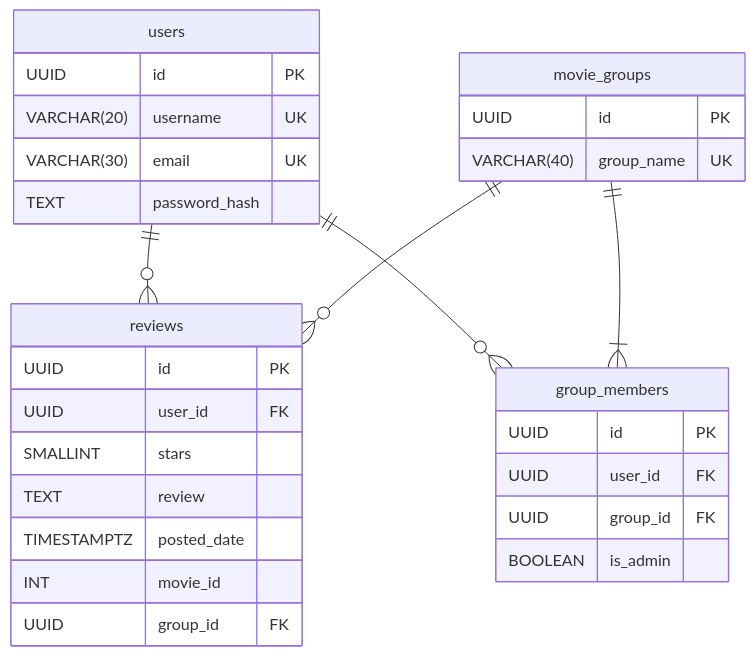
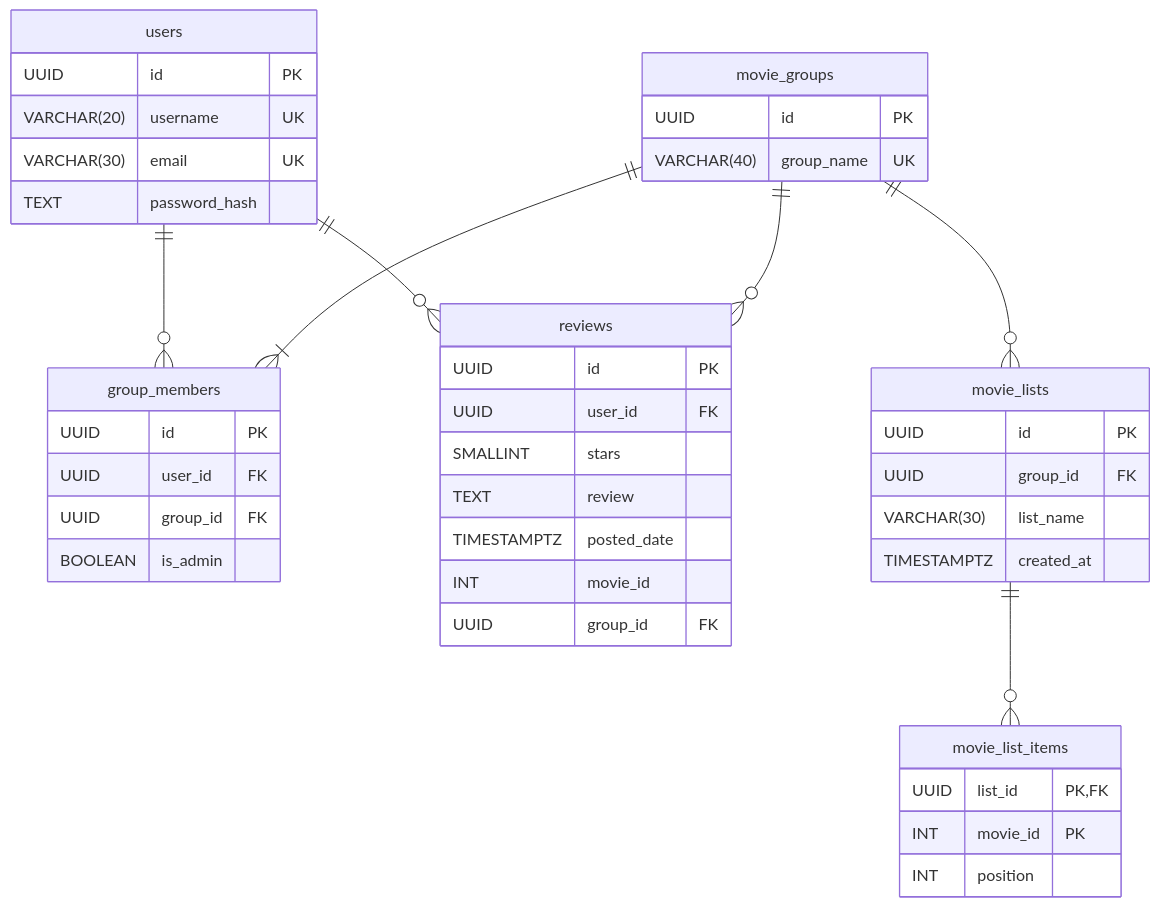
Before and after one commit to Takakontti/SG10-Web-ohjelmoinnin-projekti: the first of 2 diagrams in docs/tekninenmäärittely.md, drawn with Mermaid. The commit also changed 9 other files, not shown here.

````diff
--- a/docs/tekninenmäärittely.md
+++ b/docs/tekninenmäärittely.md
@@ -28,36 +28,51 @@
 ```mermaid
 erDiagram
     users {
         UUID id PK
         VARCHAR(20) username UK
         VARCHAR(30) email UK
         TEXT password_hash
     }
 
     movie_groups {
         UUID id PK
         VARCHAR(40) group_name UK
     }
 
     group_members {
         UUID id PK
         UUID user_id FK
         UUID group_id FK
         BOOLEAN is_admin
     }
 
     reviews {
         UUID id PK
         UUID user_id FK
         SMALLINT stars
         TEXT review
         TIMESTAMPTZ posted_date
         INT movie_id
         UUID group_id FK
     }
 
+    movie_lists {
+        UUID id PK
+        UUID group_id FK
+        VARCHAR(30) list_name
+        TIMESTAMPTZ created_at
+    }
+
+    movie_list_items {
+        UUID list_id PK, FK
+        INT movie_id PK
+        INT position
+    }
+
     users ||--o{ reviews : ""
     users ||--o{ group_members : ""
     movie_groups ||--|{ group_members : ""
     movie_groups ||--o{ reviews : ""
+    movie_groups ||--o{ movie_lists : ""
+    movie_lists ||--o{ movie_list_items : ""
 ```
````
